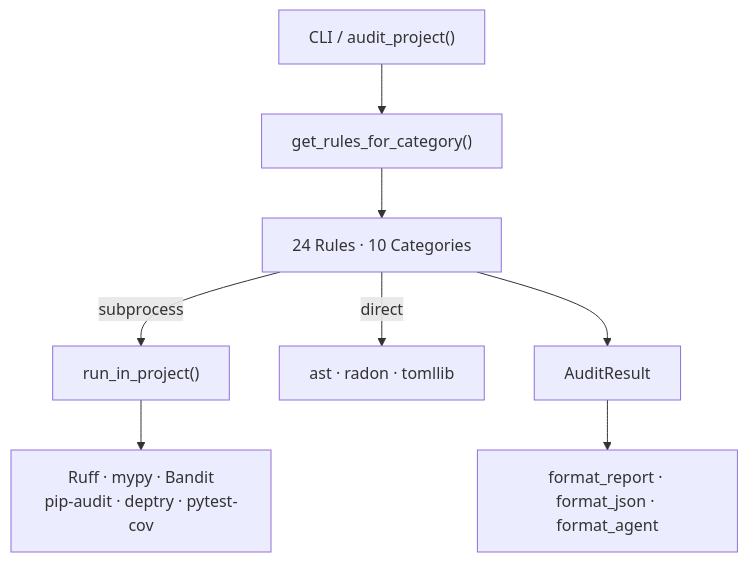
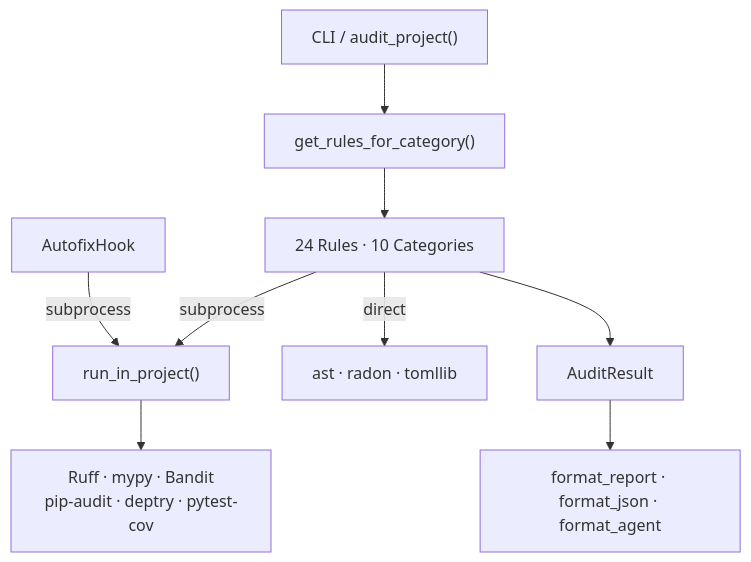
The first of 2 diagrams in packages/axm-audit/docs/explanation/architecture.md (axm-protocols/axm-forge), drawn with Mermaid before and after one commit. The commit also changed other lines of this file and 3 other files, not shown here.

First line of the commit message:
feat(audit): add AutofixHook — ruff fix + format before gate evaluation

````diff
--- a/packages/axm-audit/docs/explanation/architecture.md
+++ b/packages/axm-audit/docs/explanation/architecture.md
@@ -7,10 +7,11 @@
 ```mermaid
 graph TB
     API["CLI / audit_project()"] --> Auditor["get_rules_for_category()"]
     Auditor --> Rules["24 Rules · 10 Categories"]
     Rules -->|subprocess| Runner["run_in_project()"]
     Rules -->|direct| AST["ast · radon · tomllib"]
     Runner --> Tools["Ruff · mypy · Bandit\npip-audit · deptry · pytest-cov"]
+    Hooks["AutofixHook"] -->|subprocess| Runner
     Rules --> Result["AuditResult"]
     Result --> Fmt["format_report · format_json · format_agent"]
 ```
````
